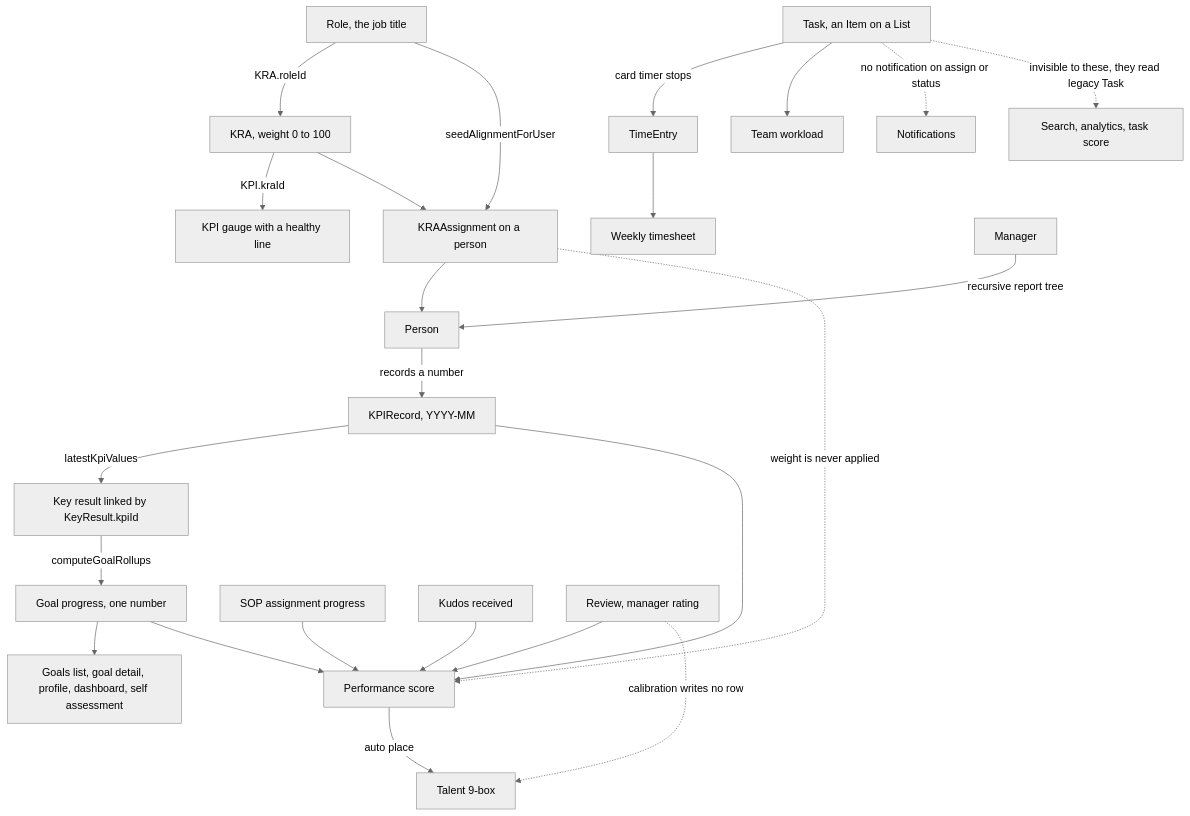
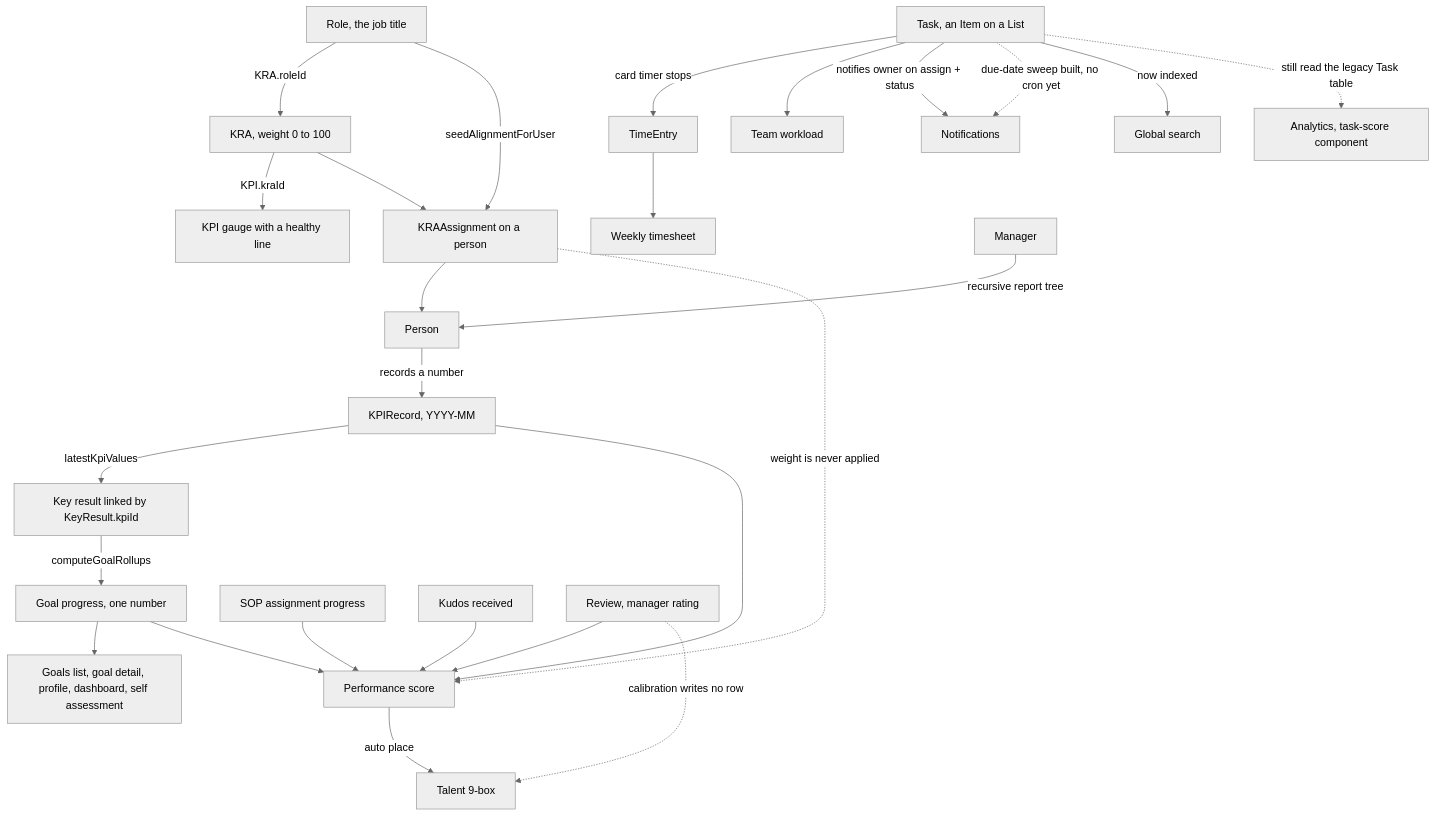
One commit to bigboldtech-web/workwrk changed the diagram in docs/product/reference/how-it-connects.mdx. Above: the diagram before and after it, drawn with Mermaid (neutral theme). The commit also changed other lines of this file and 5 other files, not shown here.

First line of the commit message:
docs(product): correct pages Wave 1 falsified (search, notifications, reminders, board chrome, planner)

````diff
--- a/docs/product/reference/how-it-connects.mdx
+++ b/docs/product/reference/how-it-connects.mdx
@@ -16,27 +16,29 @@
 ```mermaid
 flowchart TD
   Role["Role, the job title"] -->|"KRA.roleId"| KRA["KRA, weight 0 to 100"]
   KRA -->|"KPI.kraId"| KPI["KPI gauge with a healthy line"]
   Role -->|"seedAlignmentForUser"| Assign["KRAAssignment on a person"]
   KRA --> Assign
   Assign --> Person["Person"]
   Person -->|"records a number"| Rec["KPIRecord, YYYY-MM"]
   Rec -->|"latestKpiValues"| KR["Key result linked by KeyResult.kpiId"]
   KR -->|"computeGoalRollups"| Goal["Goal progress, one number"]
   Goal --> Surfaces["Goals list, goal detail, profile, dashboard, self assessment"]
   Rec --> Score["Performance score"]
   Goal --> Score
   SOPA["SOP assignment progress"] --> Score
   Kudos["Kudos received"] --> Score
   Review["Review, manager rating"] --> Score
   Score -->|"auto place"| NineBox["Talent 9-box"]
   Item["Task, an Item on a List"] -->|"card timer stops"| TE["TimeEntry"]
   TE --> TS["Weekly timesheet"]
   Item --> WL["Team workload"]
   Mgr["Manager"] -->|"recursive report tree"| Person
 
   Assign -.->|"weight is never applied"| Score
   Review -.->|"calibration writes no row"| NineBox
-  Item -.->|"no notification on assign or status"| Notif["Notifications"]
-  Item -.->|"invisible to these, they read legacy Task"| Search["Search, analytics, task score"]
+  Item -->|"notifies owner on assign + status"| Notif["Notifications"]
+  Item -.->|"due-date sweep built, no cron yet"| Notif
+  Item -->|"now indexed"| Search["Global search"]
+  Item -.->|"still read the legacy Task table"| Legacy["Analytics, task-score component"]
 ```
````
